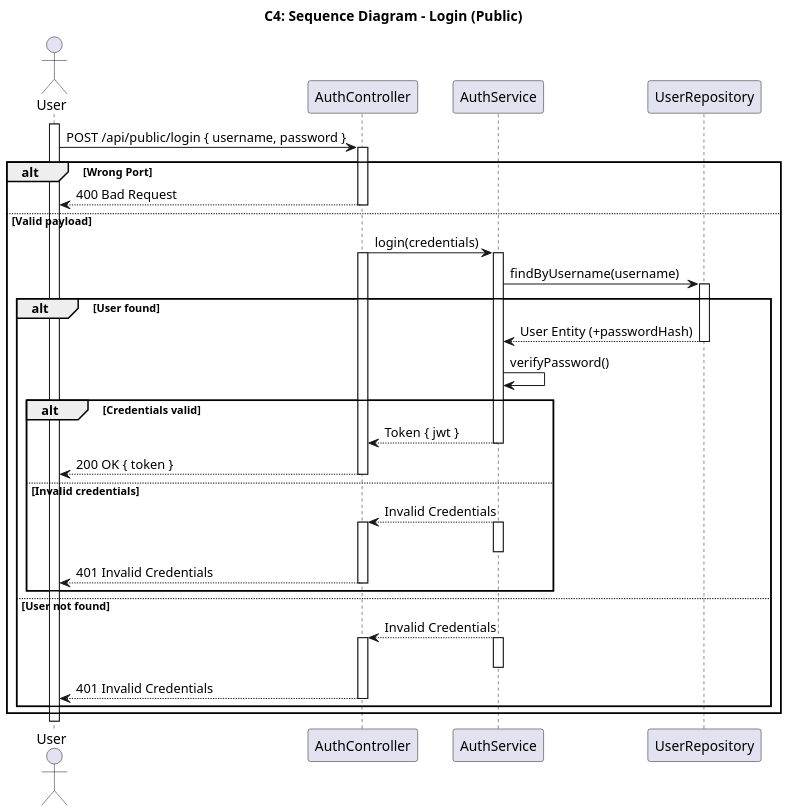
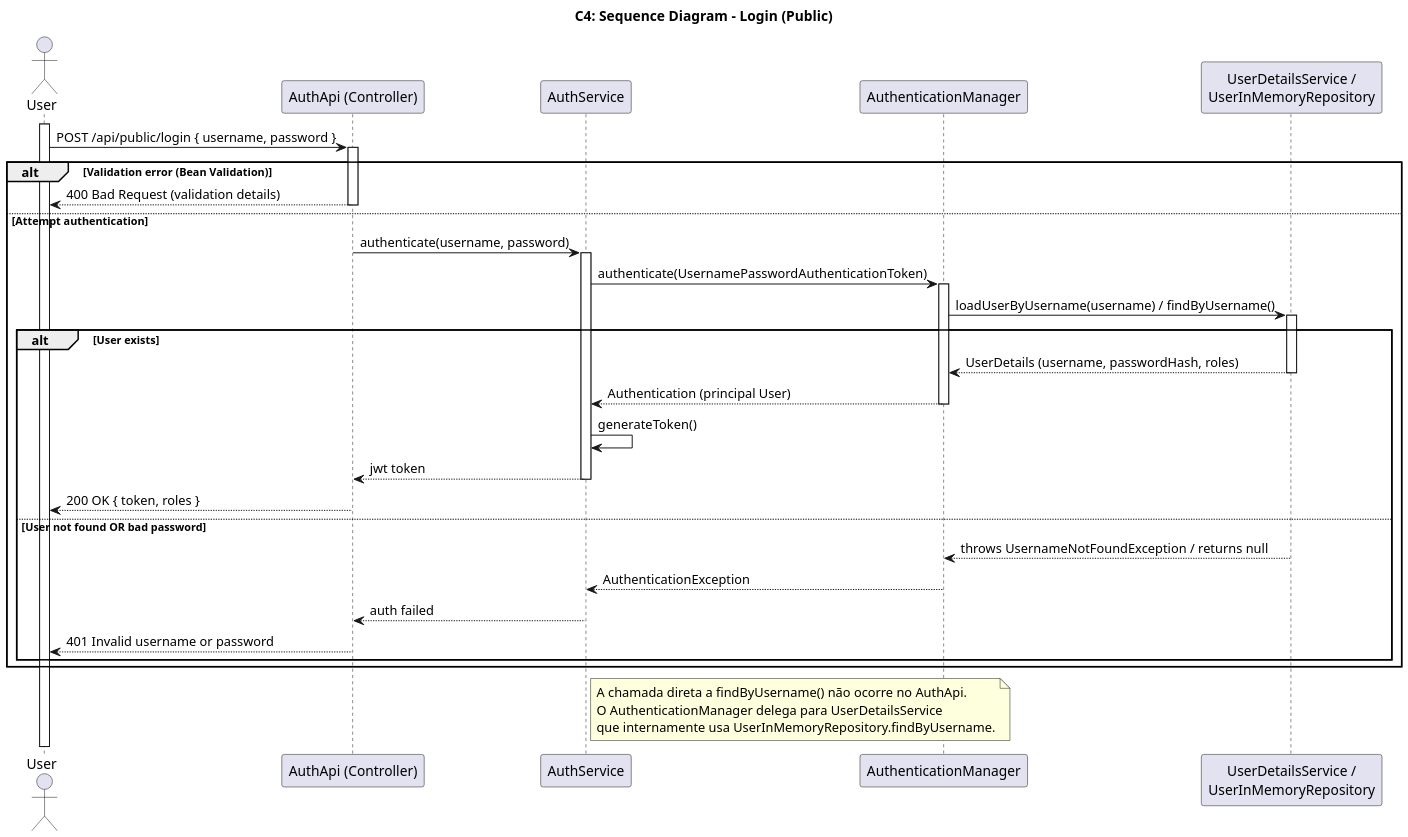
The diagram in DOCS/C4+1/C4+1-Login-Sequence.puml (pedrods05/LETI_SIDIS_3DA_6), drawn with PlantUML before and after one commit. The commit also changed 8 other files, not shown here.

Commit message:
diagramas

```diff
--- a/DOCS/C4+1/C4+1-Login-Sequence.puml
+++ b/DOCS/C4+1/C4+1-Login-Sequence.puml
@@ -1,53 +1,56 @@
 @startuml
-' C4+1 — Login SD (layered)
+' C4+1 — Login SD (Atualizado segundo implementação real)
 skinparam dpi 150
 skinparam shadowing false
 skinparam DefaultFontName Arial
 
 title C4: Sequence Diagram - Login (Public)
 
 actor User
-participant "AuthController" as Controller
-participant "AuthService" as Service
-participant "UserRepository" as Repo
+participant "AuthApi (Controller)" as Controller
+participant "AuthService" as AuthService
+participant "AuthenticationManager" as AuthManager
+participant "UserDetailsService /\nUserInMemoryRepository" as UserStore
 
 activate User
 User -> Controller : POST /api/public/login { username, password }
 activate Controller
-alt Wrong Port
-  Controller --> User : 400 Bad Request
+alt Validation error (Bean Validation)
+  Controller --> User : 400 Bad Request (validation details)
   deactivate Controller
-else Valid payload
-  Controller -> Service : login(credentials)
-  activate Controller
-  activate Service
-  Service -> Repo : findByUsername(username)
-  activate Repo
-  alt User found
-    Repo --> Service : User Entity (+passwordHash)
-    deactivate Repo
-    Service -> Service : verifyPassword()
-    alt Credentials valid
-      Service --> Controller : Token { jwt }
-      deactivate Service
-      Controller --> User : 200 OK { token }
-      deactivate Controller
-    else Invalid credentials
-      Service --> Controller : Invalid Credentials
-      activate Service
-      deactivate Service
-      activate Controller
-      Controller --> User : 401 Invalid Credentials
-      deactivate Controller
-    end
-  else User not found
-   Service --> Controller : Invalid Credentials
-    activate Controller
-    activate Service
-    deactivate Service
-    Controller --> User : 401 Invalid Credentials
+else Attempt authentication
+  Controller -> AuthService : authenticate(username, password)
+  activate AuthService
+  AuthService -> AuthManager : authenticate(UsernamePasswordAuthenticationToken)
+  activate AuthManager
+  AuthManager -> UserStore : loadUserByUsername(username) / findByUsername()
+  activate UserStore
+  alt User exists
+    UserStore --> AuthManager : UserDetails (username, passwordHash, roles)
+    deactivate UserStore
+    AuthManager --> AuthService : Authentication (principal User)
+    deactivate AuthManager
+    AuthService -> AuthService : generateToken()
+    AuthService --> Controller : jwt token
+    deactivate AuthService
+    Controller --> User : 200 OK { token, roles }
+    deactivate Controller
+  else User not found OR bad password
+    UserStore --> AuthManager : throws UsernameNotFoundException / returns null
+    deactivate UserStore
+    AuthManager --> AuthService : AuthenticationException
+    deactivate AuthManager
+    AuthService --> Controller : auth failed
+    deactivate AuthService
+    Controller --> User : 401 Invalid username or password
     deactivate Controller
   end
 end
 
+note right of AuthService
+A chamada direta a findByUsername() não ocorre no AuthApi.
+O AuthenticationManager delega para UserDetailsService
+que internamente usa UserInMemoryRepository.findByUsername.
+end note
+
 @enduml
```
